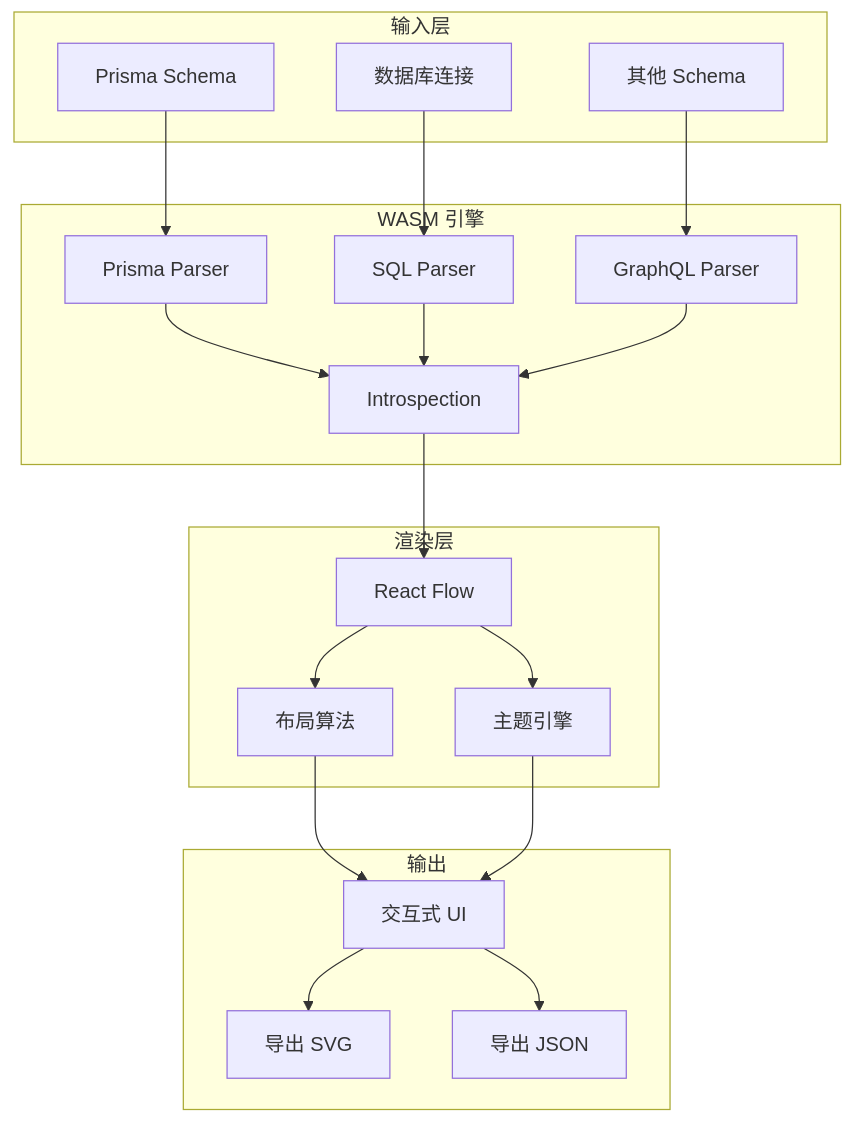
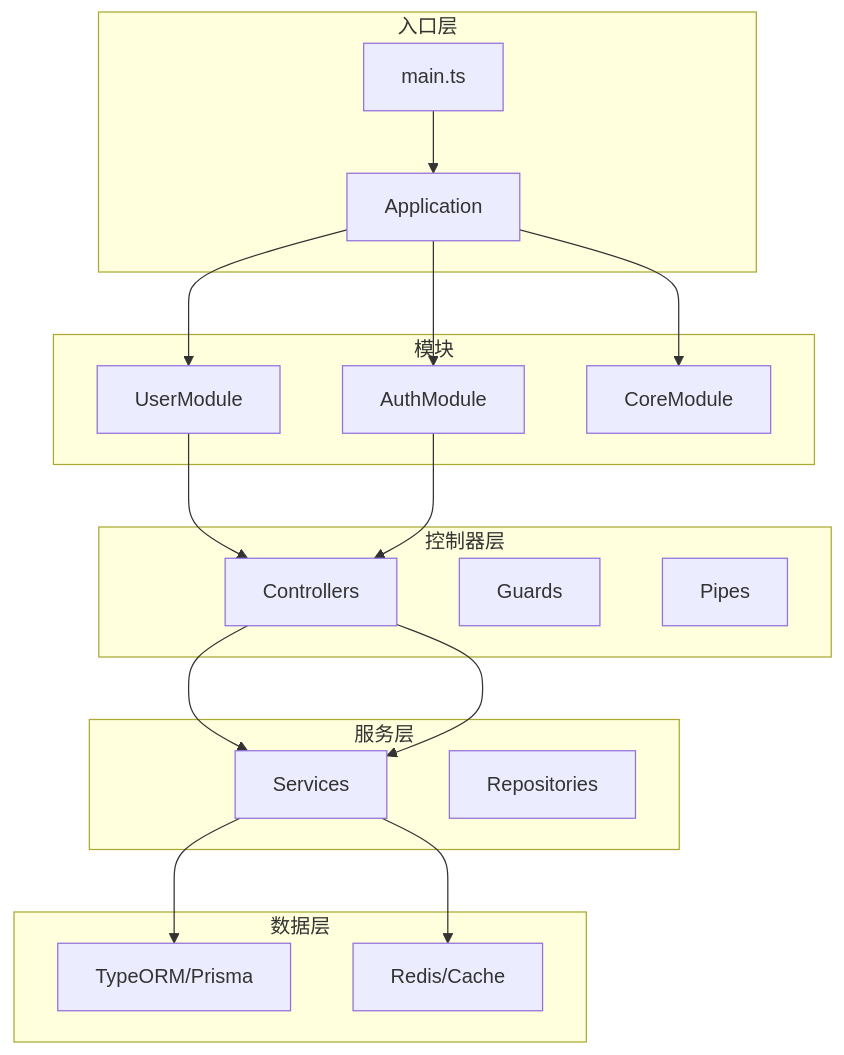
Before and after one commit to Shyu-x/frontend-interview: the sixth of 21 diagrams in docs/open-source/trending.md, drawn with Mermaid. The commit also changed other lines of this file, not shown here.

````diff
--- a/docs/open-source/trending.md
+++ b/docs/open-source/trending.md
@@ -1493,35 +1173,33 @@
 ```mermaid
 flowchart TB
-    subgraph 输入["输入层"]
-        P[Prisma Schema]
-        DB[数据库连接]
-        Y[其他 Schema]
+    subgraph 入口["入口层"]
+        MAIN[main.ts]
+        APP[Application]
     end
 
-    subgraph WASM 核心["WASM 引擎"]
-        IP[Introspection]
-        PS[Prisma Parser]
-        GP[GraphQL Parser]
-        AP[SQL Parser]
+    subgraph 模块["模块"]
+        USER[UserModule]
+        AUTH[AuthModule]
+        CORE[CoreModule]
     end
 
-    subgraph 渲染层["渲染层"]
-        RF[React Flow]
-        LN[布局算法]
-        TK[主题引擎]
+    subgraph 控制器["控制器层"]
+        CTRL[Controllers]
+        GUARD[Guards]
+        PIPES[Pipes]
     end
 
-    subgraph 输出["输出"]
-        UI[交互式 UI]
-        SVG[导出 SVG]
-        JSON[导出 JSON]
+    subgraph 服务["服务层"]
+        SVC[Services]
+        REPO[Repositories]
     end
 
-    P --> PS --> IP
-    DB --> AP --> IP
-    Y --> GP --> IP
-    IP --> RF
-    RF --> LN & TK
-    LN & TK --> UI
-    UI --> SVG & JSON
+    subgraph 数据库["数据层"]
+        ORM[TypeORM/Prisma]
+        CACHE[Redis/Cache]
+    end
+
+    MAIN --> APP --> USER & AUTH & CORE
+    USER --> CTRL --> SVC --> ORM
+    AUTH --> CTRL --> SVC --> CACHE
 ```
````
